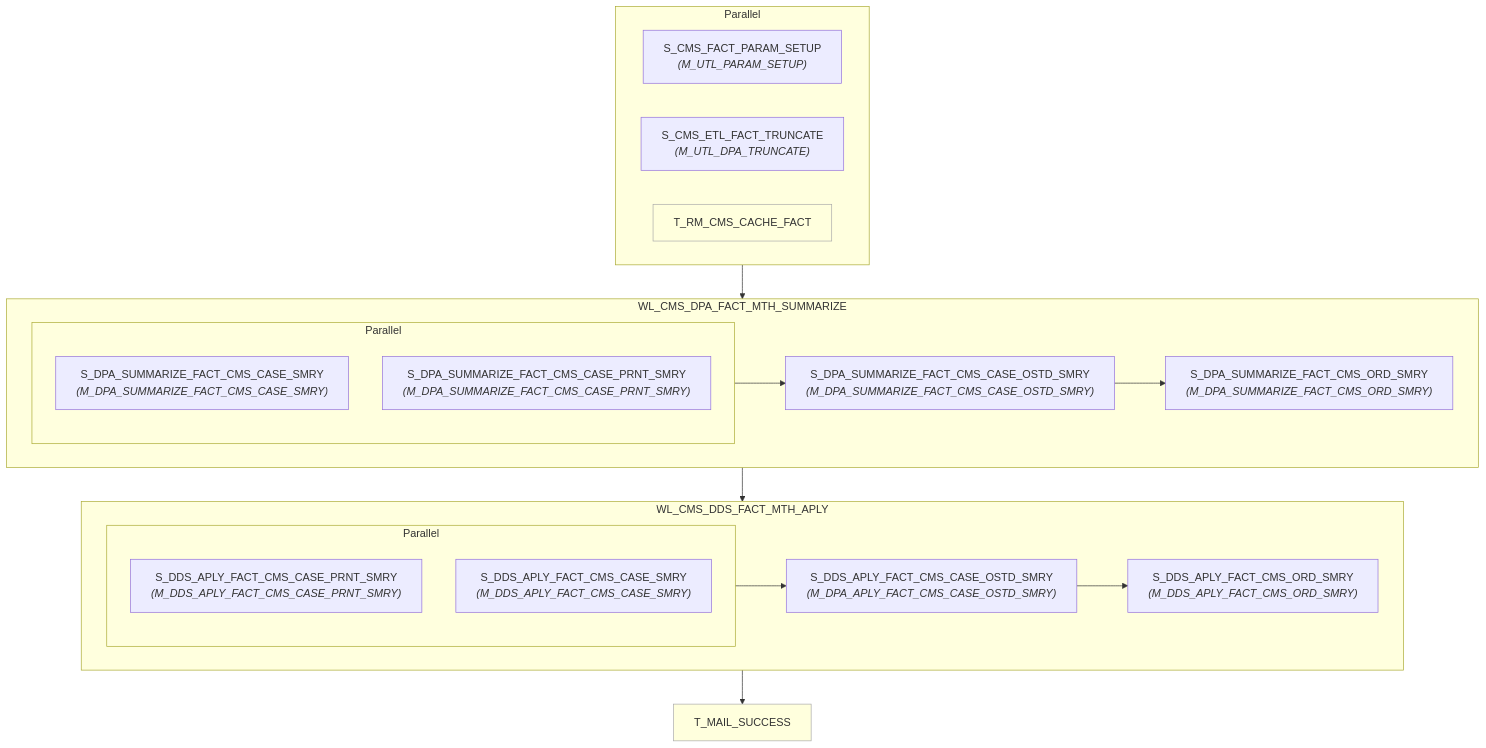
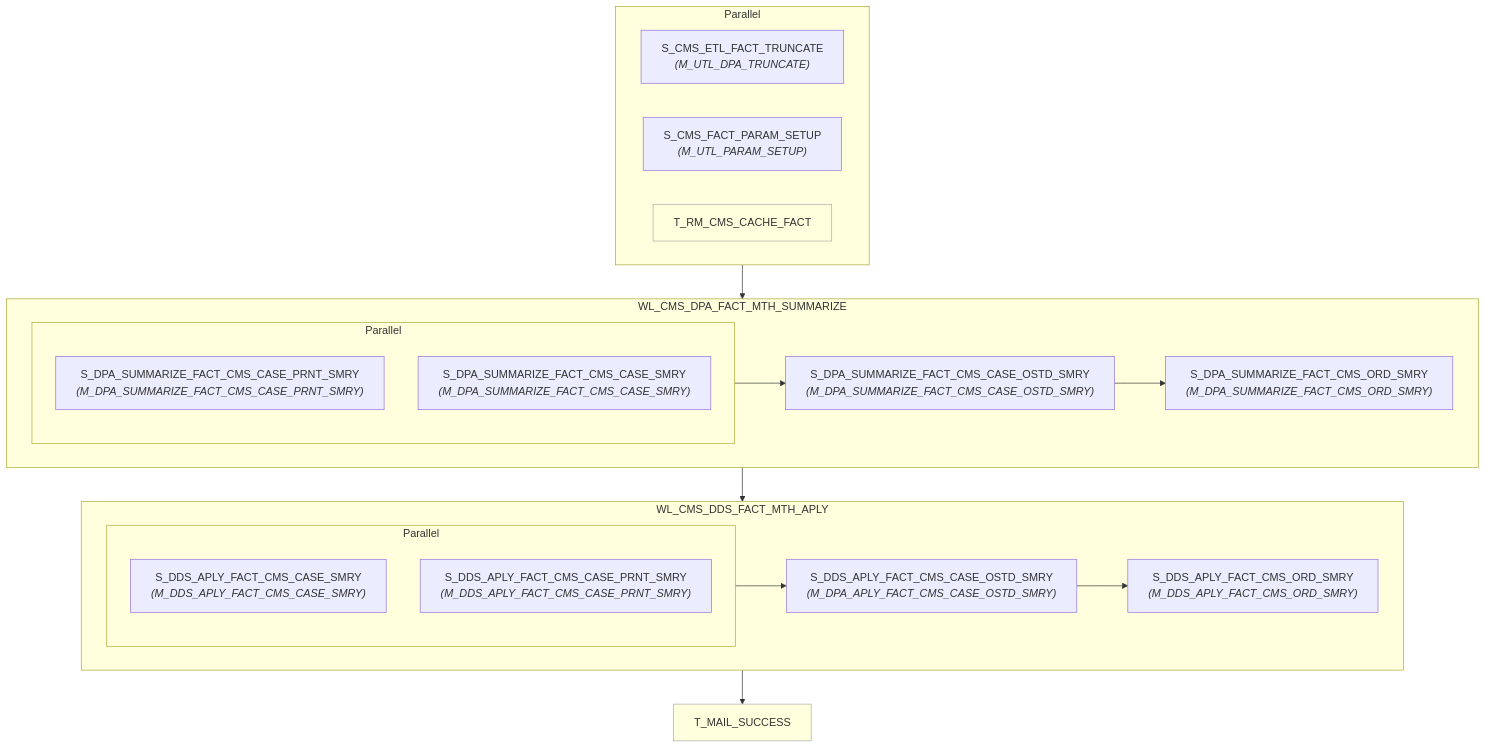
Before and after one commit to asl-adamxu/informatica-sparker-poc: the diagram in informatica/PySpark_workflows/dds/WF_CMS_DDS_APLY_MTH/wf_cms_dds_aply_mth.md, drawn with Mermaid. The commit also changed 256 other files, not shown here.

````diff
--- a/informatica/PySpark_workflows/dds/WF_CMS_DDS_APLY_MTH/wf_cms_dds_aply_mth.md
+++ b/informatica/PySpark_workflows/dds/WF_CMS_DDS_APLY_MTH/wf_cms_dds_aply_mth.md
@@ -7,41 +7,41 @@
 ```mermaid
 flowchart TD
-    n1["S_CMS_FACT_PARAM_SETUP<br/><i>(M_UTL_PARAM_SETUP)</i>"]
-    n2["S_CMS_ETL_FACT_TRUNCATE<br/><i>(M_UTL_DPA_TRUNCATE)</i>"]
+    n1["S_CMS_ETL_FACT_TRUNCATE<br/><i>(M_UTL_DPA_TRUNCATE)</i>"]
+    n2["S_CMS_FACT_PARAM_SETUP<br/><i>(M_UTL_PARAM_SETUP)</i>"]
     n3["T_RM_CMS_CACHE_FACT"]
     style n3 fill:#ffd,stroke:#aaa,stroke-width:1px
     subgraph pg4[Parallel]
         n1
         n2
         n3
     end
     subgraph wkl5["WL_CMS_DPA_FACT_MTH_SUMMARIZE"]
-    n6["S_DPA_SUMMARIZE_FACT_CMS_CASE_SMRY<br/><i>(M_DPA_SUMMARIZE_FACT_CMS_CASE_SMRY)</i>"]
-    n7["S_DPA_SUMMARIZE_FACT_CMS_CASE_PRNT_SMRY<br/><i>(M_DPA_SUMMARIZE_FACT_CMS_CASE_PRNT_SMRY)</i>"]
+    n6["S_DPA_SUMMARIZE_FACT_CMS_CASE_PRNT_SMRY<br/><i>(M_DPA_SUMMARIZE_FACT_CMS_CASE_PRNT_SMRY)</i>"]
+    n7["S_DPA_SUMMARIZE_FACT_CMS_CASE_SMRY<br/><i>(M_DPA_SUMMARIZE_FACT_CMS_CASE_SMRY)</i>"]
     subgraph pg8[Parallel]
         n6
         n7
     end
     n9["S_DPA_SUMMARIZE_FACT_CMS_CASE_OSTD_SMRY<br/><i>(M_DPA_SUMMARIZE_FACT_CMS_CASE_OSTD_SMRY)</i>"]
     n10["S_DPA_SUMMARIZE_FACT_CMS_ORD_SMRY<br/><i>(M_DPA_SUMMARIZE_FACT_CMS_ORD_SMRY)</i>"]
         pg8 --> n9
         n9 --> n10
     end
     subgraph wkl11["WL_CMS_DDS_FACT_MTH_APLY"]
-    n12["S_DDS_APLY_FACT_CMS_CASE_PRNT_SMRY<br/><i>(M_DDS_APLY_FACT_CMS_CASE_PRNT_SMRY)</i>"]
-    n13["S_DDS_APLY_FACT_CMS_CASE_SMRY<br/><i>(M_DDS_APLY_FACT_CMS_CASE_SMRY)</i>"]
+    n12["S_DDS_APLY_FACT_CMS_CASE_SMRY<br/><i>(M_DDS_APLY_FACT_CMS_CASE_SMRY)</i>"]
+    n13["S_DDS_APLY_FACT_CMS_CASE_PRNT_SMRY<br/><i>(M_DDS_APLY_FACT_CMS_CASE_PRNT_SMRY)</i>"]
     subgraph pg14[Parallel]
         n12
         n13
     end
     n15["S_DDS_APLY_FACT_CMS_CASE_OSTD_SMRY<br/><i>(M_DPA_APLY_FACT_CMS_CASE_OSTD_SMRY)</i>"]
     n16["S_DDS_APLY_FACT_CMS_ORD_SMRY<br/><i>(M_DDS_APLY_FACT_CMS_ORD_SMRY)</i>"]
         pg14 --> n15
         n15 --> n16
     end
     n17["T_MAIL_SUCCESS"]
     style n17 fill:#ffd,stroke:#aaa,stroke-width:1px
     pg4 --> wkl5
     wkl5 --> wkl11
     wkl11 --> n17
 ```
````
